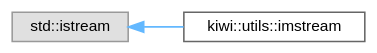
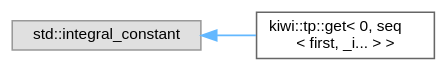
Before and after one commit to bab2min/Kiwi: the diagram in inherit_graph_129.dot, drawn with Graphviz. The commit also changed 150 other files, not shown here.

```diff
--- a/inherit_graph_129.dot
+++ b/inherit_graph_129.dot
@@ -1,11 +1,11 @@
 digraph "Graphical Class Hierarchy"
 {
  // LATEX_PDF_SIZE
   bgcolor="transparent";
   edge [fontname=Helvetica,fontsize=10,labelfontname=Helvetica,labelfontsize=10];
   node [fontname=Helvetica,fontsize=10,shape=box,height=0.2,width=0.4];
   rankdir="LR";
-  Node0 [id="Node000000",label="std::istream",height=0.2,width=0.4,color="grey60", fillcolor="#E0E0E0", style="filled",tooltip=" "];
-  Node0 -> Node1 [id="edge21_Node000000_Node000001",dir="back",color="steelblue1",style="solid",tooltip=" "];
-  Node1 [id="Node000001",label="kiwi::utils::imstream",height=0.2,width=0.4,color="grey40", fillcolor="white", style="filled",URL="$classkiwi_1_1utils_1_1imstream.html",tooltip=" "];
+  Node0 [id="Node000000",label="std::integral_constant",height=0.2,width=0.4,color="grey60", fillcolor="#E0E0E0", style="filled",tooltip=" "];
+  Node0 -> Node1 [id="edge19_Node000000_Node000001",dir="back",color="steelblue1",style="solid",tooltip=" "];
+  Node1 [id="Node000001",label="kiwi::tp::get\< 0, seq\l\< first, _i... \> \>",height=0.2,width=0.4,color="grey40", fillcolor="white", style="filled",URL="$structkiwi_1_1tp_1_1get_3_010_00_01seq_3_01first_00_01__i_8_8_8_01_4_01_4.html",tooltip=" "];
 }
```
